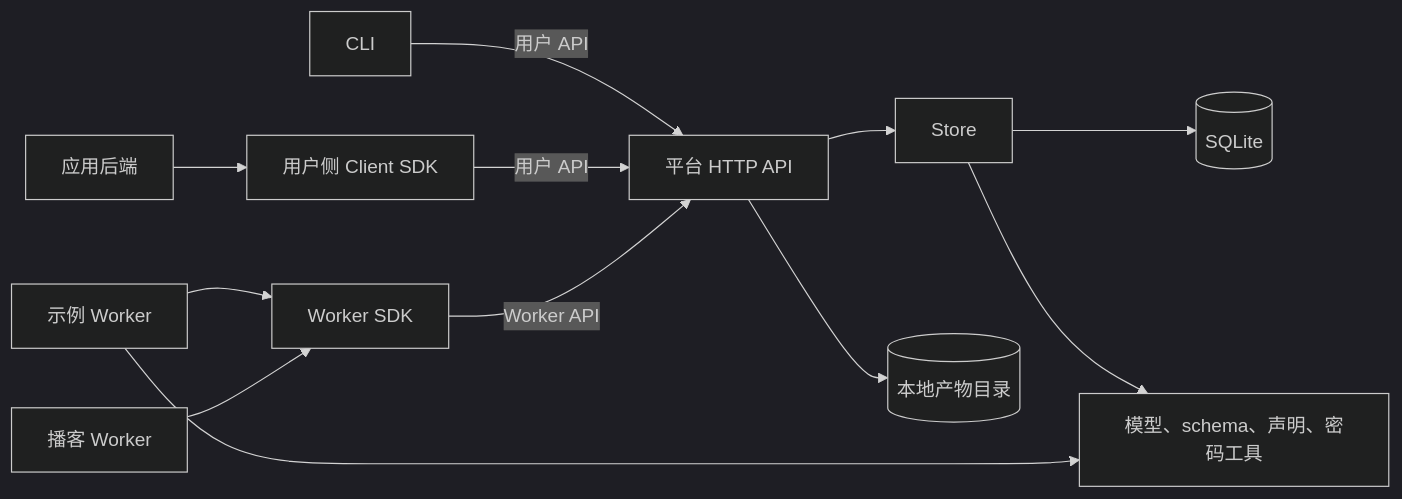
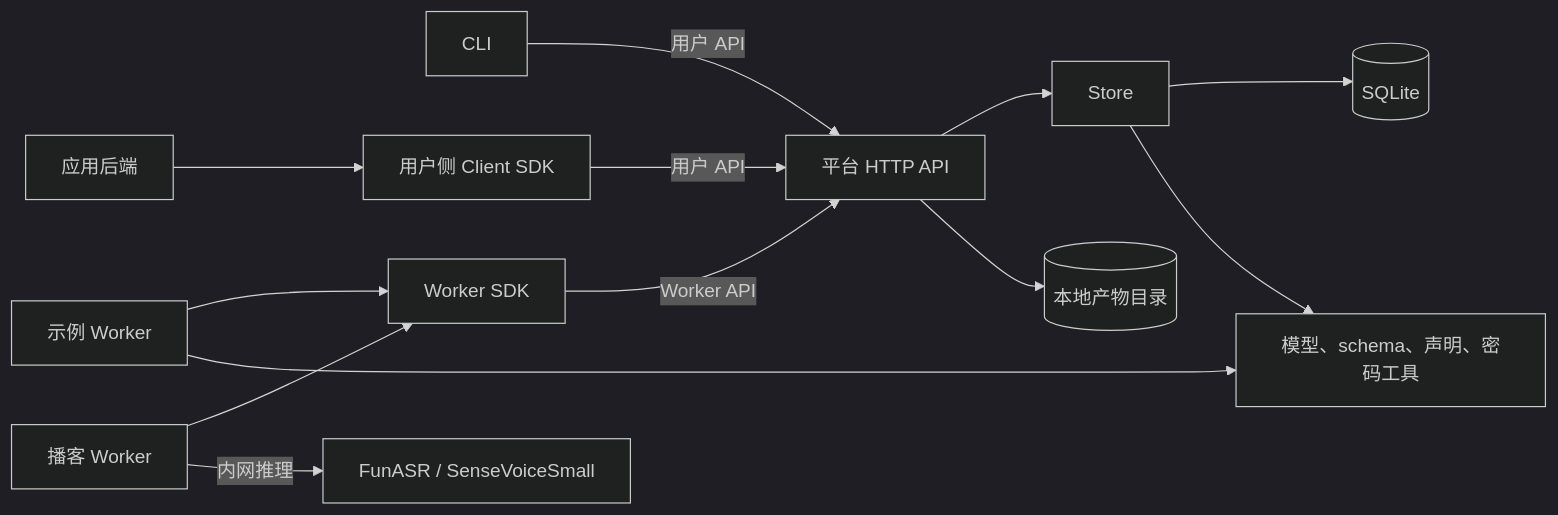
Before and after one commit to yueyao/yuxu-dynamic: the diagram in docs/modules.md, drawn with Mermaid (dark theme). The commit also changed other lines of this file and 21 other files, not shown here.

Commit message:
feat(tasks): add self-hosted FunASR provider

````diff
--- a/docs/modules.md
+++ b/docs/modules.md
@@ -7,14 +7,15 @@
 ```mermaid
 flowchart LR
     CLI[CLI] -->|用户 API| HTTP[平台 HTTP API]
     WEB[应用后端] --> CLIENT[用户侧 Client SDK]
     CLIENT -->|用户 API| HTTP
     APP[示例 Worker] --> SDK[Worker SDK]
     PODCAST[播客 Worker] --> SDK
+    PODCAST -->|内网推理| ASR[FunASR / SenseVoiceSmall]
     SDK -->|Worker API| HTTP
     HTTP --> STORE[Store]
     STORE --> DB[(SQLite)]
     HTTP --> FILES[(本地产物目录)]
     STORE --> CORE[模型、schema、声明、密码工具]
     APP --> CORE
 ```
````
